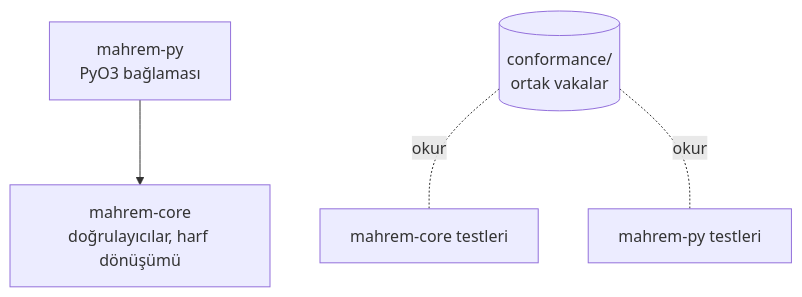
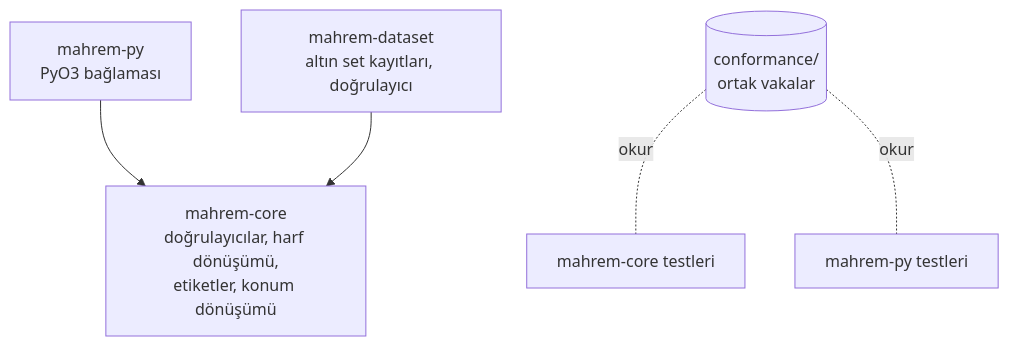
The diagram in docs/architecture.md (thebozturk/mahrem), drawn with Mermaid before and after one commit. The commit also changed other lines of this file and 22 other files, not shown here.

First line of the commit message:
feat: gold set schema, labels and validator

````diff
--- a/docs/architecture.md
+++ b/docs/architecture.md
@@ -7,6 +7,7 @@
 ```mermaid
 flowchart TD
-    Py["mahrem-py<br/>PyO3 bağlaması"] --> Core["mahrem-core<br/>doğrulayıcılar, harf dönüşümü"]
+    Py["mahrem-py<br/>PyO3 bağlaması"] --> Core["mahrem-core<br/>doğrulayıcılar, harf dönüşümü,<br/>etiketler, konum dönüşümü"]
+    Dataset["mahrem-dataset<br/>altın set kayıtları, doğrulayıcı"] --> Core
     Conf[("conformance/<br/>ortak vakalar")] -. "okur" .- CoreTest["mahrem-core testleri"]
     Conf -. "okur" .- PyTest["mahrem-py testleri"]
 ```
````
